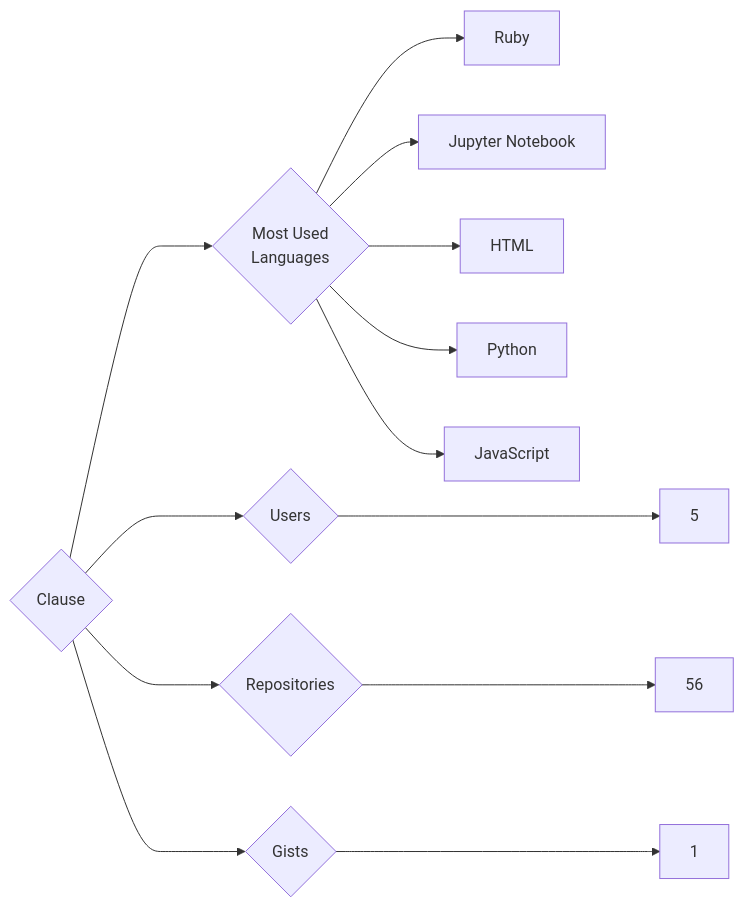
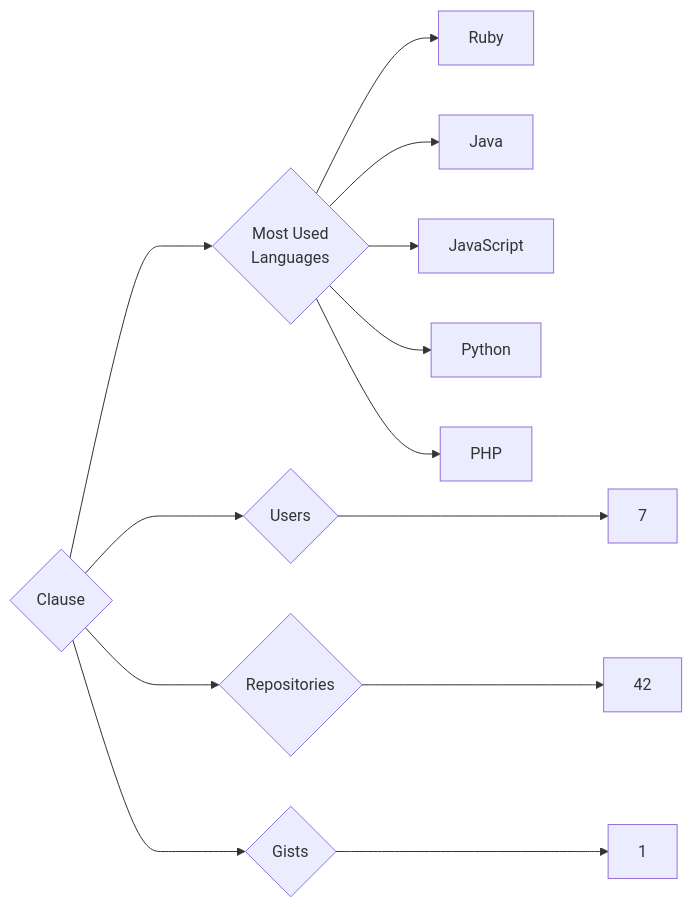
Before and after one commit to trickest/insiders: the diagram in targets/Clause/README.md, drawn with Mermaid. The commit also changed 997 other files, not shown here.

````diff
--- a/targets/Clause/README.md
+++ b/targets/Clause/README.md
@@ -3,13 +3,13 @@
 ```mermaid
 graph LR
 COMPANY_NAME{Clause}
-COMPANY_NAME ---> U{Users} ---> UN[5]
-COMPANY_NAME ---> R{Repositories} ---> RN[56]
+COMPANY_NAME ---> U{Users} ---> UN[7]
+COMPANY_NAME ---> R{Repositories} ---> RN[42]
 COMPANY_NAME ---> G{Gists} ---> GN[1]
 COMPANY_NAME ---> ML{Most Used<br>Languages}
 ML --> Ruby[Ruby]
-ML --> Jupyter_Notebook[Jupyter Notebook]
-ML --> HTML[HTML]
+ML --> Java[Java]
+ML --> JavaScript[JavaScript]
 ML --> Python[Python]
-ML --> JavaScript[JavaScript]
+ML --> PHP[PHP]
 ```
````
